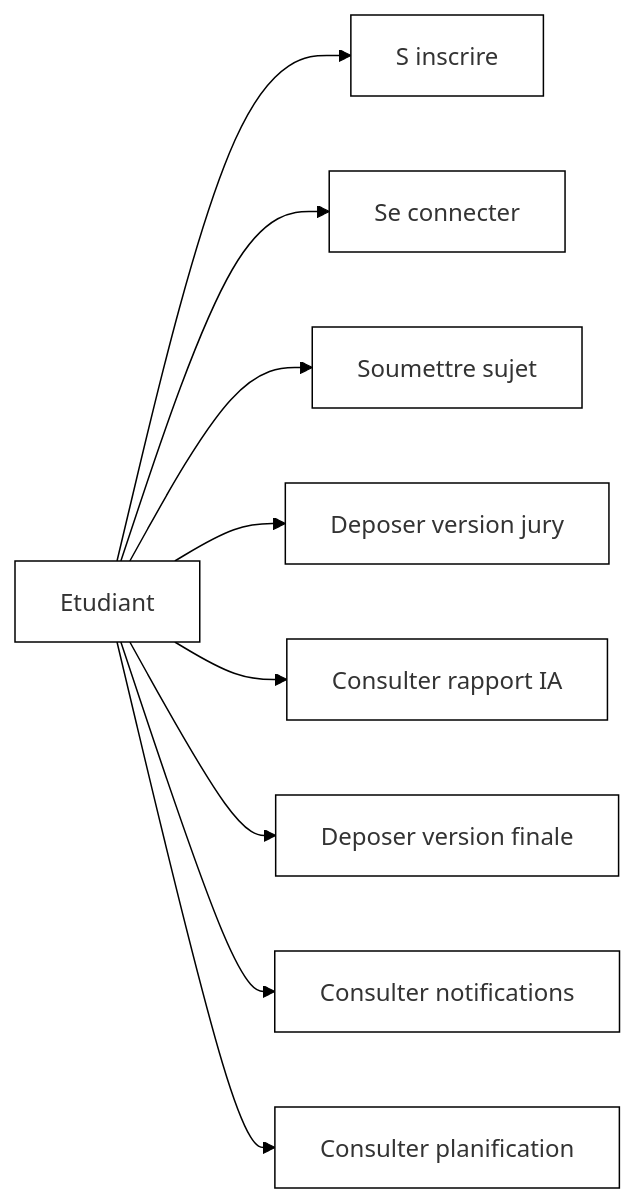
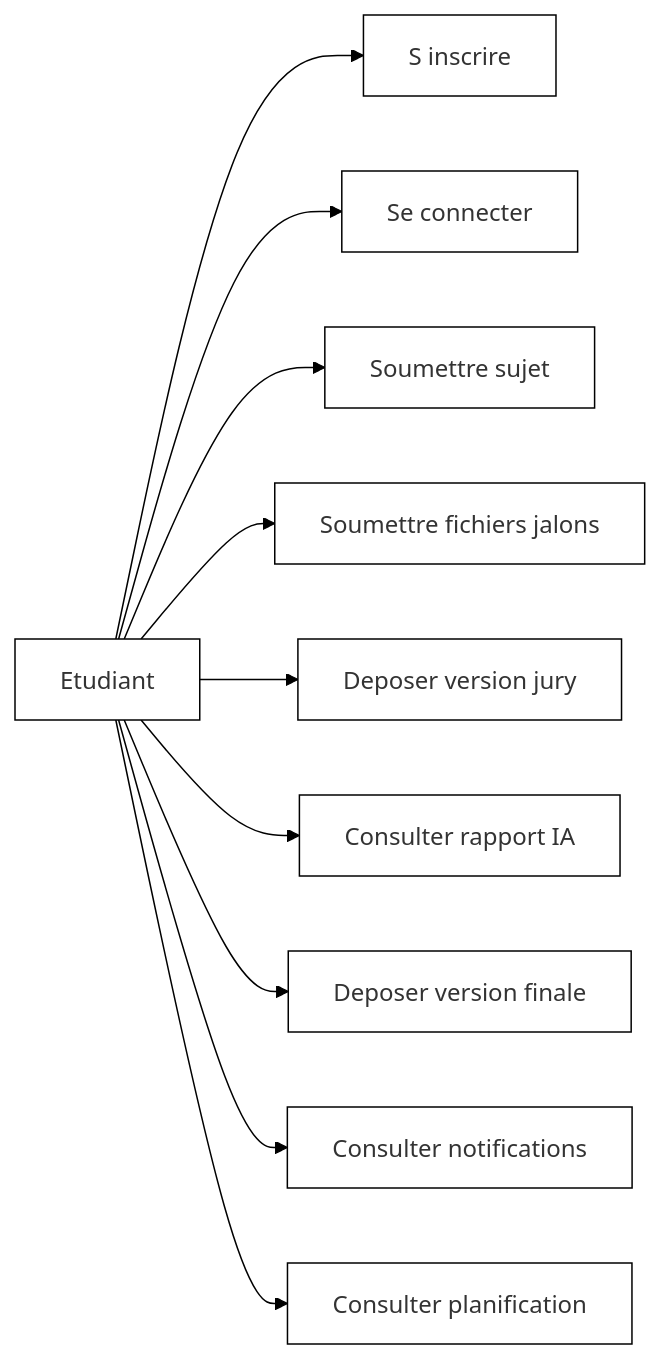
One commit to DavidMwangaza/TFC-Manager changed the second of 13 diagrams in DIAGRAMMES-PAR-FIGURE-NB.md. Above: the diagram before and after it, drawn with Mermaid. The commit also changed other lines of this file and 42 other files, not shown here.

````diff
--- a/DIAGRAMMES-PAR-FIGURE-NB.md
+++ b/DIAGRAMMES-PAR-FIGURE-NB.md
@@ -25,12 +27,13 @@
 ```mermaid
 %%{init: {'theme':'base','themeVariables': {'background':'#ffffff','primaryColor':'#ffffff','primaryBorderColor':'#000000','lineColor':'#000000','textColor':'#000000'}}}%%
 graph LR
     E[Etudiant] --> A[S inscrire]
     E --> B[Se connecter]
     E --> C[Soumettre sujet]
+    E --> C2[Soumettre fichiers jalons]
     E --> D[Deposer version jury]
     E --> F[Consulter rapport IA]
     E --> G[Deposer version finale]
     E --> H[Consulter notifications]
     E --> I[Consulter planification]
 ```
````
